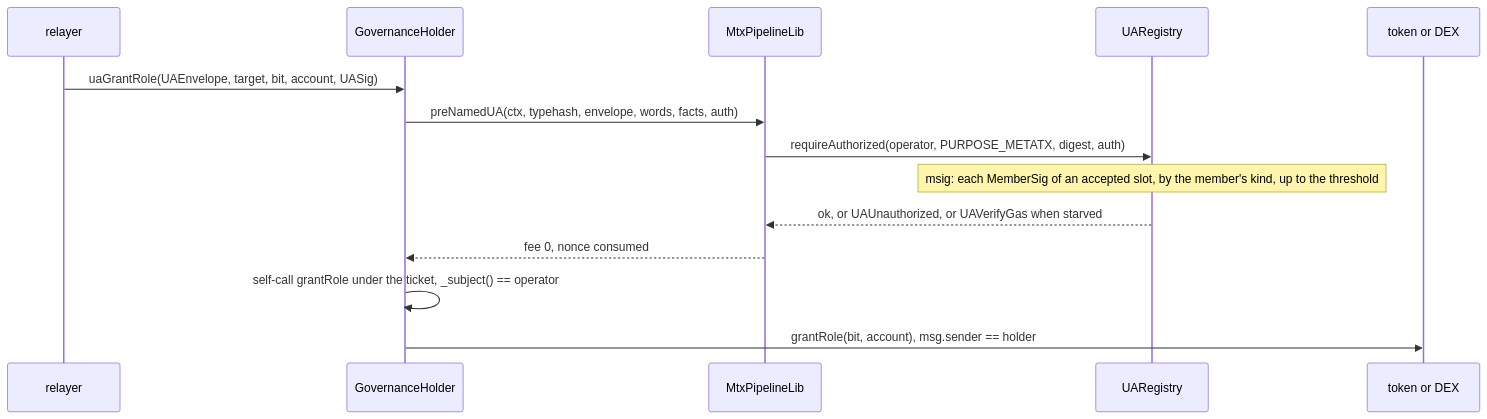
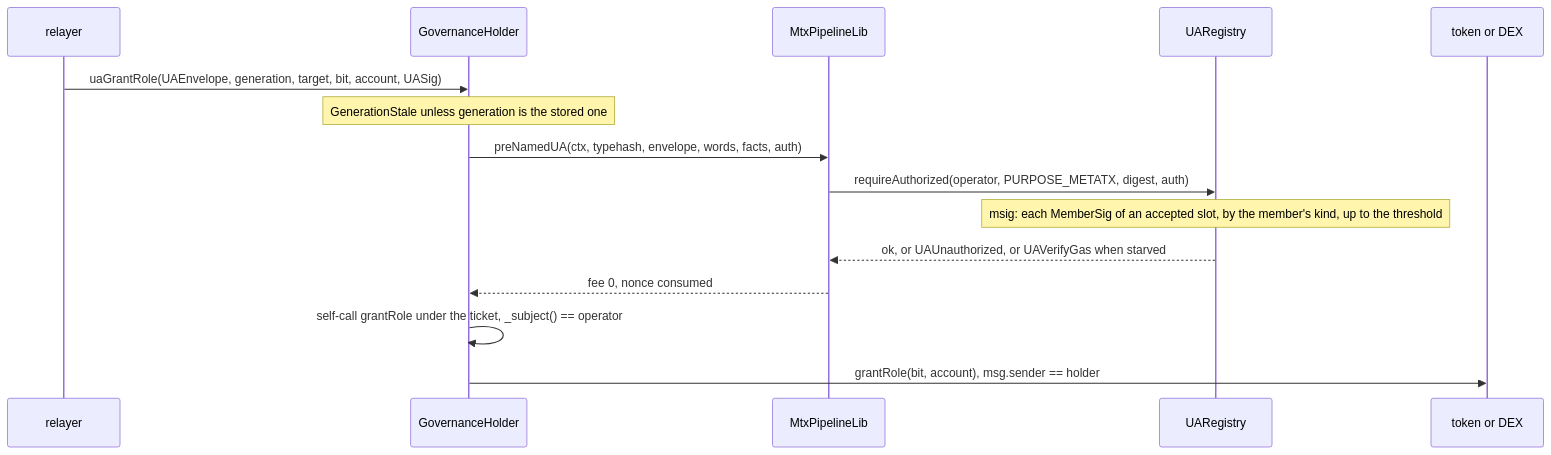
Before and after one commit to dinhduongha/scaas: the second of 2 diagrams in docs/superpowers/specs/2026-11-02-governance.md, drawn with Mermaid. The commit also changed other lines of this file and 1 other file, not shown here.

````diff
--- a/docs/superpowers/specs/2026-11-02-governance.md
+++ b/docs/superpowers/specs/2026-11-02-governance.md
@@ -374,16 +530,17 @@
 ```mermaid
 sequenceDiagram
     participant R as relayer
     participant H as GovernanceHolder
     participant P as MtxPipelineLib
     participant G as UARegistry
     participant T as token or DEX
-    R->>H: uaGrantRole(UAEnvelope, target, bit, account, UASig)
+    R->>H: uaGrantRole(UAEnvelope, generation, target, bit, account, UASig)
+    Note over H: GenerationStale unless generation is the stored one
     H->>P: preNamedUA(ctx, typehash, envelope, words, facts, auth)
     P->>G: requireAuthorized(operator, PURPOSE_METATX, digest, auth)
     Note over G: msig: each MemberSig of an accepted slot, by the member's kind, up to the threshold
     G-->>P: ok, or UAUnauthorized, or UAVerifyGas when starved
     P-->>H: fee 0, nonce consumed
     H->>H: self-call grantRole under the ticket, _subject() == operator
     H->>T: grantRole(bit, account), msg.sender == holder
 ```
````
